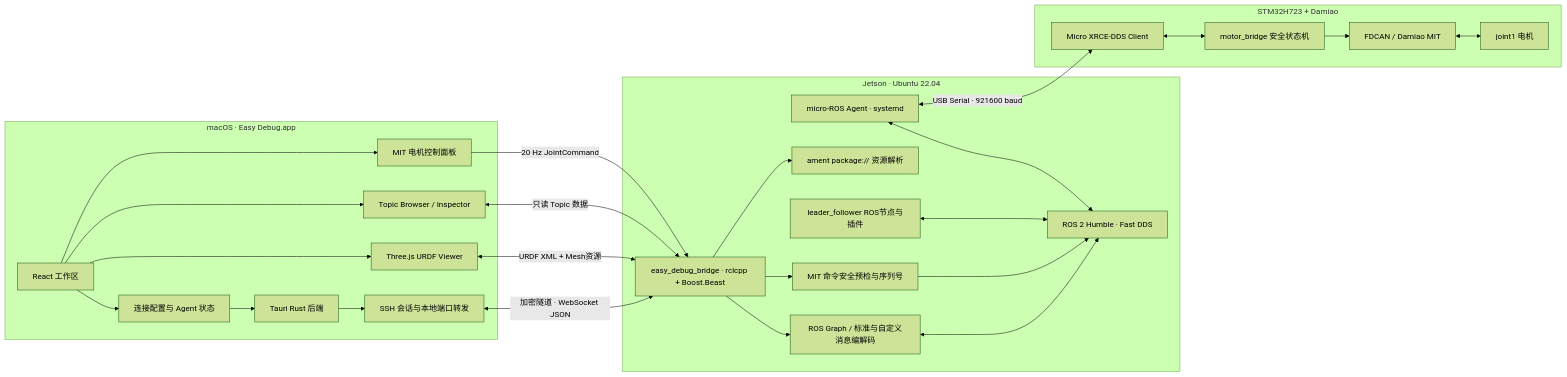
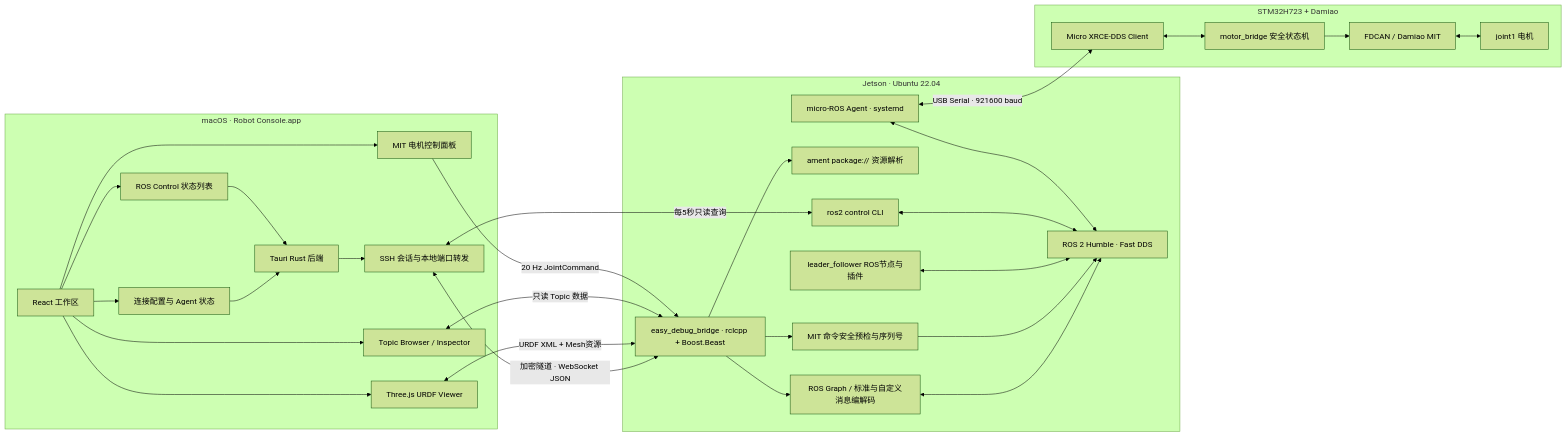
The first of 4 diagrams in docs/obsidian/Easy Debug 上位机架构.md (phamstered/rebotarm-debug-desk), drawn with Mermaid (forest theme) before and after one commit. The commit also changed other lines of this file and 20 other files, not shown here.

Commit message:
feat: expand Robot Console workspace

````diff
--- a/docs/obsidian/Easy Debug 上位机架构.md
+++ b/docs/obsidian/Easy Debug 上位机架构.md
@@ -33,54 +35,60 @@
 ```mermaid
 flowchart LR
-    subgraph MAC["macOS · Easy Debug.app"]
+    subgraph MAC["macOS · Robot Console.app"]
         UI["React 工作区"]
         CONNECTION["连接配置与 Agent 状态"]
         TOPIC["Topic Browser / Inspector"]
+        ROSCONTROL["ROS Control 状态列表"]
         URDF["Three.js URDF Viewer"]
         CONTROL["MIT 电机控制面板"]
         TAURI["Tauri Rust 后端"]
         SSH["SSH 会话与本地端口转发"]
 
         UI --> CONNECTION
         UI --> TOPIC
+        UI --> ROSCONTROL
         UI --> URDF
         UI --> CONTROL
         CONNECTION --> TAURI
+        ROSCONTROL --> TAURI
         TAURI --> SSH
     end
 
     subgraph JETSON["Jetson · Ubuntu 22.04"]
         BRIDGE["easy_debug_bridge · rclcpp + Boost.Beast"]
         GRAPH["ROS Graph / 标准与自定义消息编解码"]
         RESOURCE["ament package:// 资源解析"]
         GUARD["MIT 命令安全预检与序列号"]
         FASTDDS["ROS 2 Humble · Fast DDS"]
         AGENT["micro-ROS Agent · systemd"]
         ROSNODES["leader_follower ROS节点与插件"]
+        CONTROLCLI["ros2 control CLI"]
 
         BRIDGE --> GRAPH
         BRIDGE --> RESOURCE
         BRIDGE --> GUARD
         GRAPH <--> FASTDDS
         GUARD --> FASTDDS
         ROSNODES <--> FASTDDS
+        CONTROLCLI <--> FASTDDS
         AGENT <--> FASTDDS
     end
 
     subgraph MCU["STM32H723 + Damiao"]
         XRCE["Micro XRCE-DDS Client"]
         FW["motor_bridge 安全状态机"]
         CAN["FDCAN / Damiao MIT"]
         MOTOR["joint1 电机"]
 
         XRCE <--> FW
         FW --> CAN
         CAN <--> MOTOR
     end
 
     SSH <-->|"加密隧道 · WebSocket JSON"| BRIDGE
+    SSH <-->|"每5秒只读查询"| CONTROLCLI
     URDF <-->|"URDF XML + Mesh资源"| BRIDGE
     TOPIC <-->|"只读 Topic 数据"| BRIDGE
     CONTROL -->|"20 Hz JointCommand"| BRIDGE
     AGENT <-->|"USB Serial · 921600 baud"| XRCE
 ```
````
